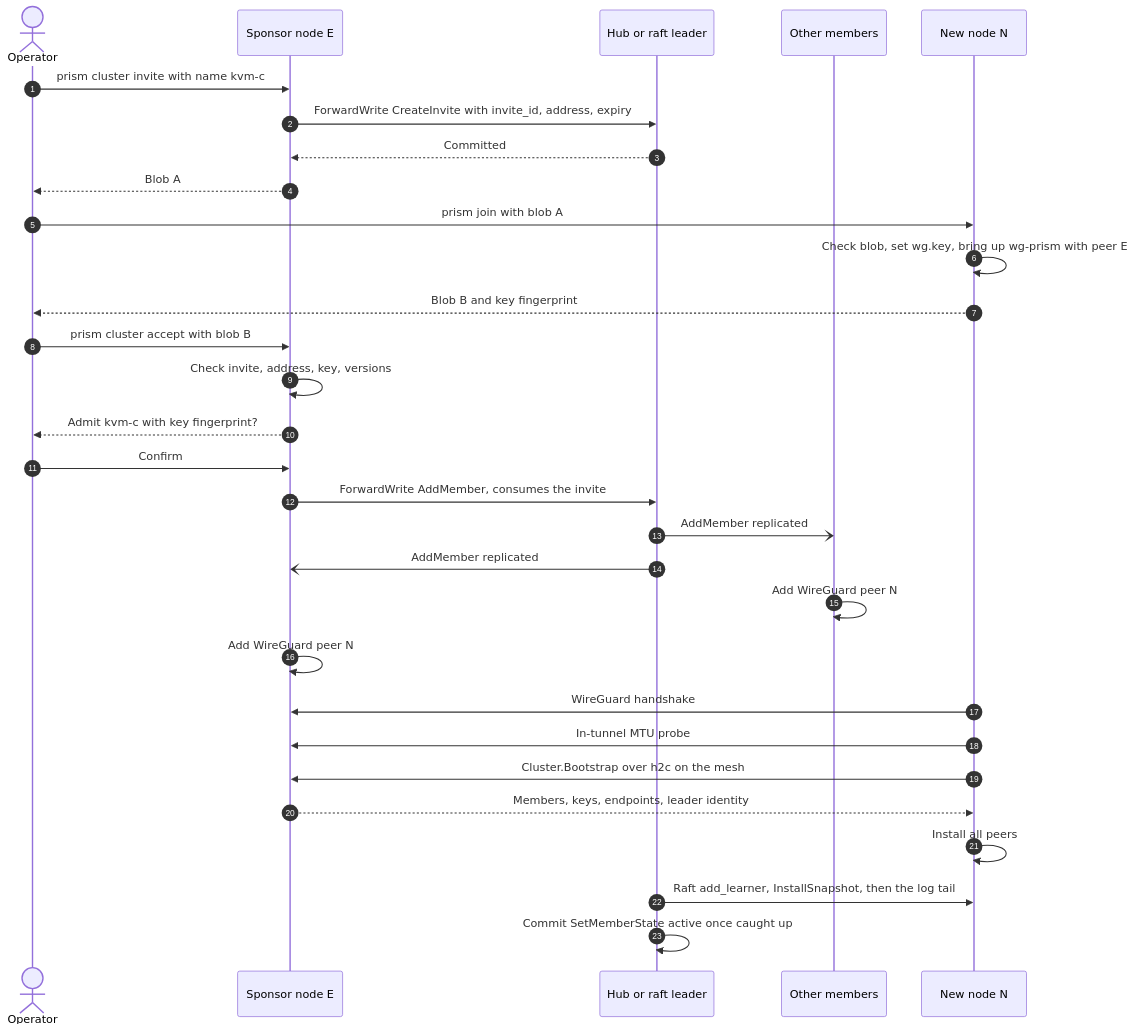
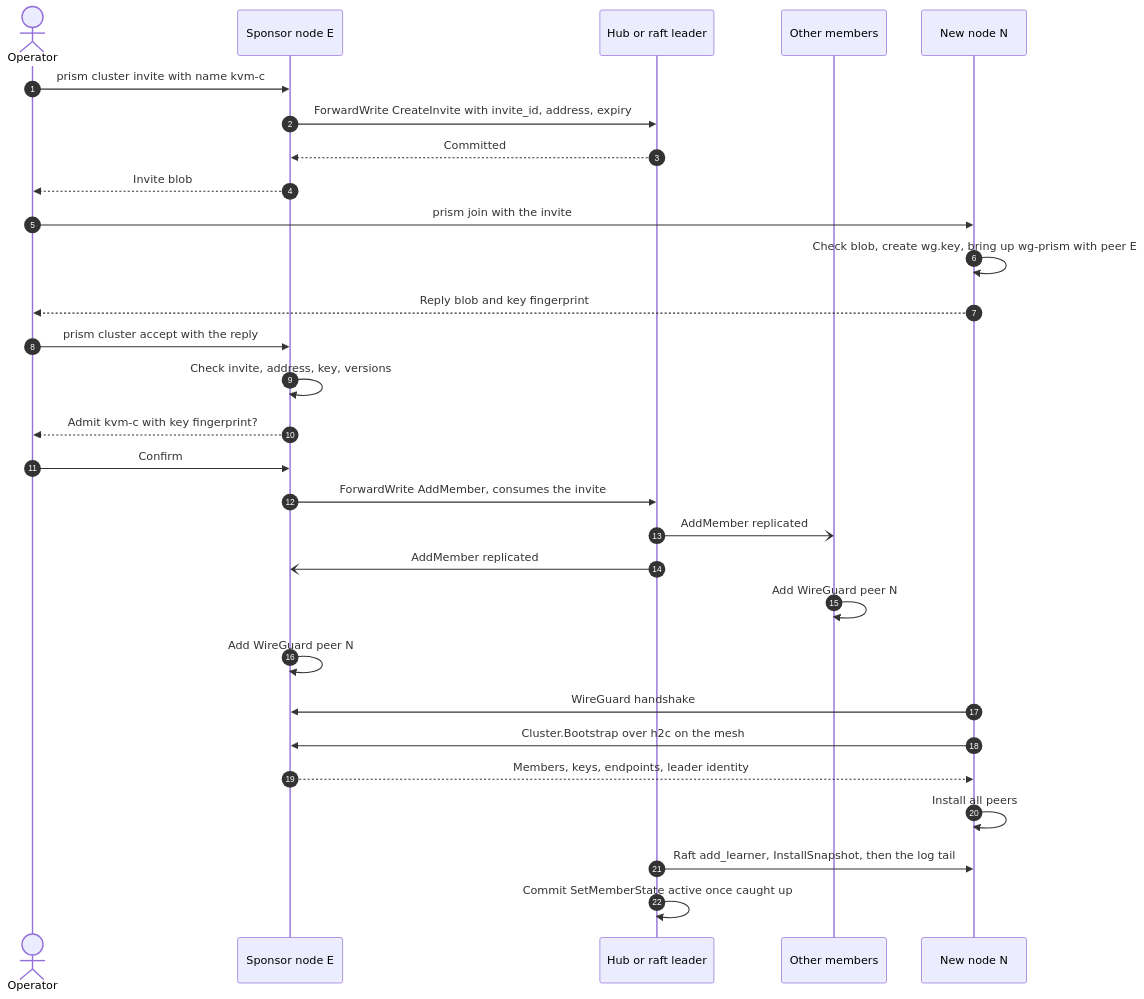
The fifth of 10 diagrams in docs/DESIGN.md (brenfwd/prism), drawn with Mermaid before and after one commit. The commit also changed other lines of this file and 2 other files, not shown here.

````diff
--- a/docs/DESIGN.md
+++ b/docs/DESIGN.md
@@ -659,32 +589,31 @@
 ```mermaid
 sequenceDiagram
     autonumber
     actor Op as Operator
     participant E as Sponsor node E
     participant L as Hub or raft leader
     participant P as Other members
     participant N as New node N
     Op->>E: prism cluster invite with name kvm-c
     E->>L: ForwardWrite CreateInvite with invite_id, address, expiry
     L-->>E: Committed
-    E-->>Op: Blob A
-    Op->>N: prism join with blob A
-    N->>N: Check blob, set wg.key, bring up wg-prism with peer E
-    N-->>Op: Blob B and key fingerprint
-    Op->>E: prism cluster accept with blob B
+    E-->>Op: Invite blob
+    Op->>N: prism join with the invite
+    N->>N: Check blob, create wg.key, bring up wg-prism with peer E
+    N-->>Op: Reply blob and key fingerprint
+    Op->>E: prism cluster accept with the reply
     E->>E: Check invite, address, key, versions
     E-->>Op: Admit kvm-c with key fingerprint?
     Op->>E: Confirm
     E->>L: ForwardWrite AddMember, consumes the invite
     L-)P: AddMember replicated
     L-)E: AddMember replicated
     P->>P: Add WireGuard peer N
     E->>E: Add WireGuard peer N
     N->>E: WireGuard handshake
-    N->>E: In-tunnel MTU probe
     N->>E: Cluster.Bootstrap over h2c on the mesh
     E-->>N: Members, keys, endpoints, leader identity
     N->>N: Install all peers
     L->>N: Raft add_learner, InstallSnapshot, then the log tail
     L->>L: Commit SetMemberState active once caught up
 ```
````
